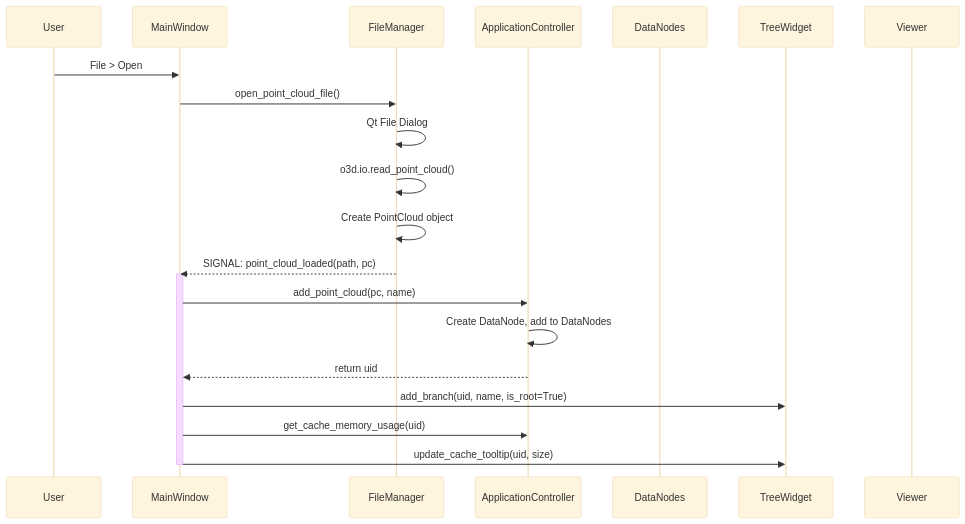
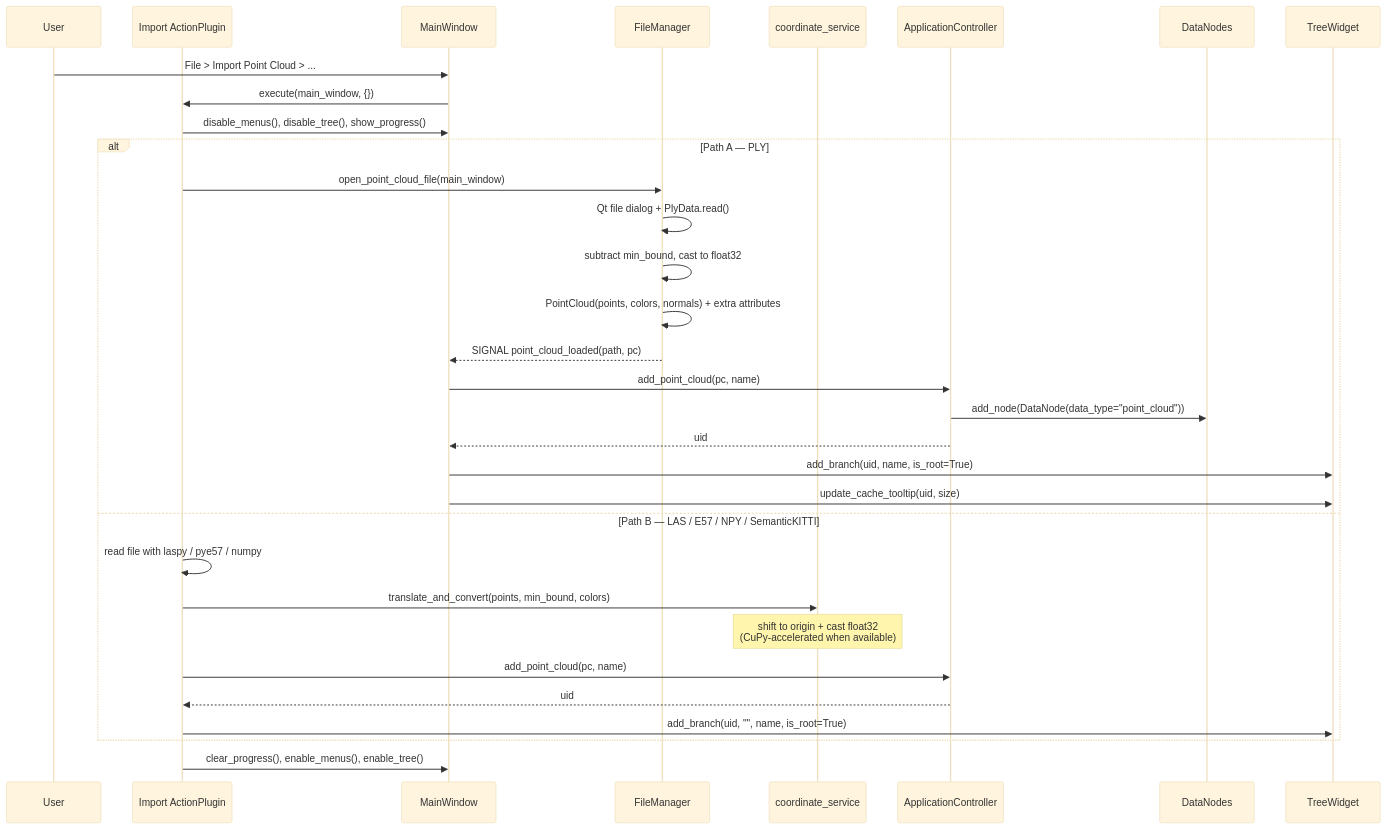
One commit to Sepehr-Sobhani-AU/SPCToolkit changed the third of 8 diagrams in ARCHITECTURE.md. Above: the diagram before and after it, drawn with Mermaid (base theme). The commit also changed other lines of this file and 2 other files, not shown here.

First line of the commit message:
docs: refresh the architecture references and add generated diagrams

````diff
--- a/ARCHITECTURE.md
+++ b/ARCHITECTURE.md
@@ -163,27 +189,37 @@
 ```mermaid
 sequenceDiagram
     participant User
+    participant IP as Import ActionPlugin
     participant MW as MainWindow
     participant FM as FileManager
+    participant CS as coordinate_service
     participant AC as ApplicationController
     participant DN as DataNodes
     participant TW as TreeWidget
-    participant PV as Viewer
 
-    User->>MW: File > Open
-    MW->>FM: open_point_cloud_file()
-    FM->>FM: Qt File Dialog
-    FM->>FM: o3d.io.read_point_cloud()
-    FM->>FM: Create PointCloud object
+    User->>MW: File > Import Point Cloud > ...
+    MW->>IP: execute(main_window, {})
+    IP->>MW: disable_menus(), disable_tree(), show_progress()
 
-    FM-->>MW: SIGNAL: point_cloud_loaded(path, pc)
+    alt Path A — PLY
+        IP->>FM: open_point_cloud_file(main_window)
+        FM->>FM: Qt file dialog + PlyData.read()
+        FM->>FM: subtract min_bound, cast to float32
+        FM->>FM: PointCloud(points, colors, normals) + extra attributes
+        FM-->>MW: SIGNAL point_cloud_loaded(path, pc)
+        MW->>AC: add_point_cloud(pc, name)
+        AC->>DN: add_node(DataNode(data_type="point_cloud"))
+        AC-->>MW: uid
+        MW->>TW: add_branch(uid, name, is_root=True)
+        MW->>TW: update_cache_tooltip(uid, size)
+    else Path B — LAS / E57 / NPY / SemanticKITTI
+        IP->>IP: read file with laspy / pye57 / numpy
+        IP->>CS: translate_and_convert(points, min_bound, colors)
+        Note over CS: shift to origin + cast float32<br/>(CuPy-accelerated when available)
+        IP->>AC: add_point_cloud(pc, name)
+        AC-->>IP: uid
+        IP->>TW: add_branch(uid, "", name, is_root=True)
+    end
 
-    activate MW
-    MW->>AC: add_point_cloud(pc, name)
-    AC->>AC: Create DataNode, add to DataNodes
-    AC-->>MW: return uid
-    MW->>TW: add_branch(uid, name, is_root=True)
-    MW->>AC: get_cache_memory_usage(uid)
-    MW->>TW: update_cache_tooltip(uid, size)
-    deactivate MW
+    IP->>MW: clear_progress(), enable_menus(), enable_tree()
 ```
````
